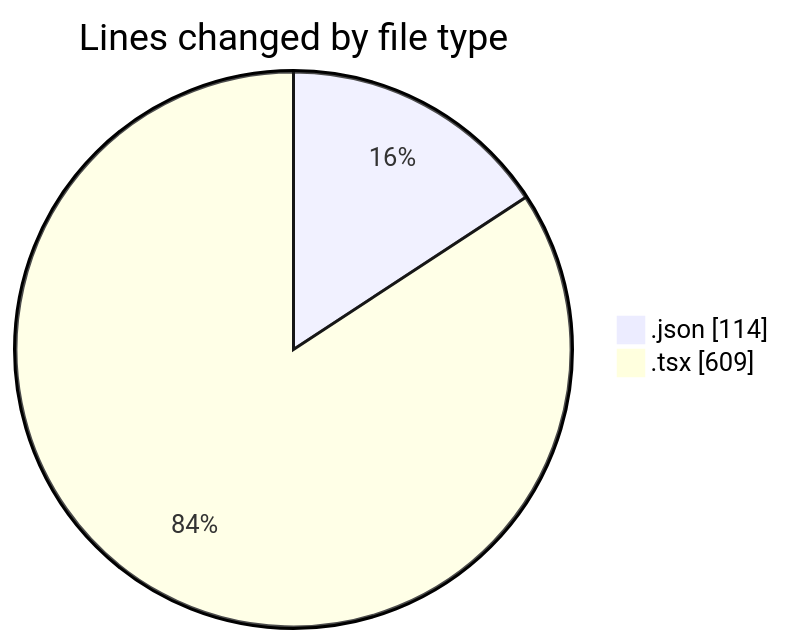
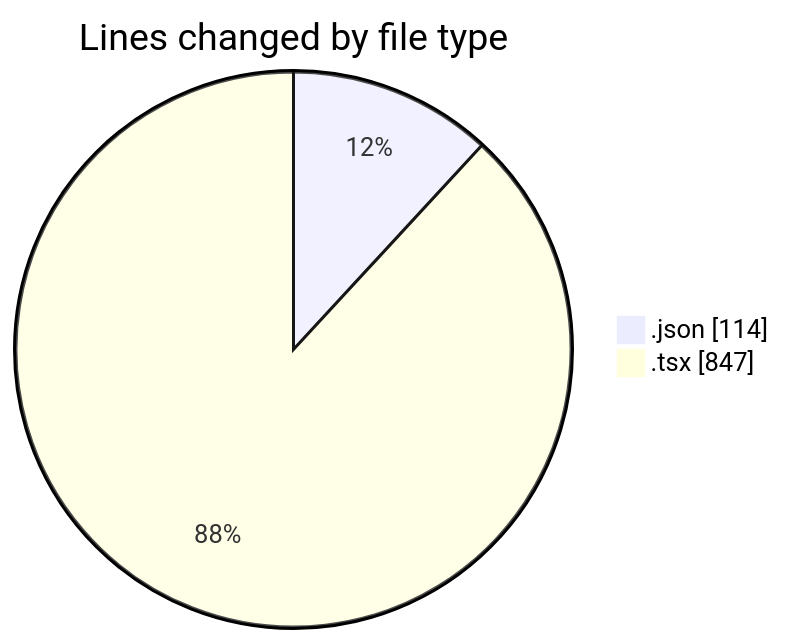
One commit to julien-gomy/code-tracking changed the first of 2 diagrams in 2025-11-17/eventscop-frontend-guide__workspace_/README.md. Above: the diagram before and after it, drawn with Mermaid. The commit also changed other lines of this file and 1 other file, not shown here.

````diff
--- a/2025-11-17/eventscop-frontend-guide__workspace_/README.md
+++ b/2025-11-17/eventscop-frontend-guide__workspace_/README.md
@@ -23,6 +24,6 @@
 ```mermaid
 pie showData
 title Lines changed by file type
 ".json" : 114
-".tsx" : 609
+".tsx" : 847
 ```
````
